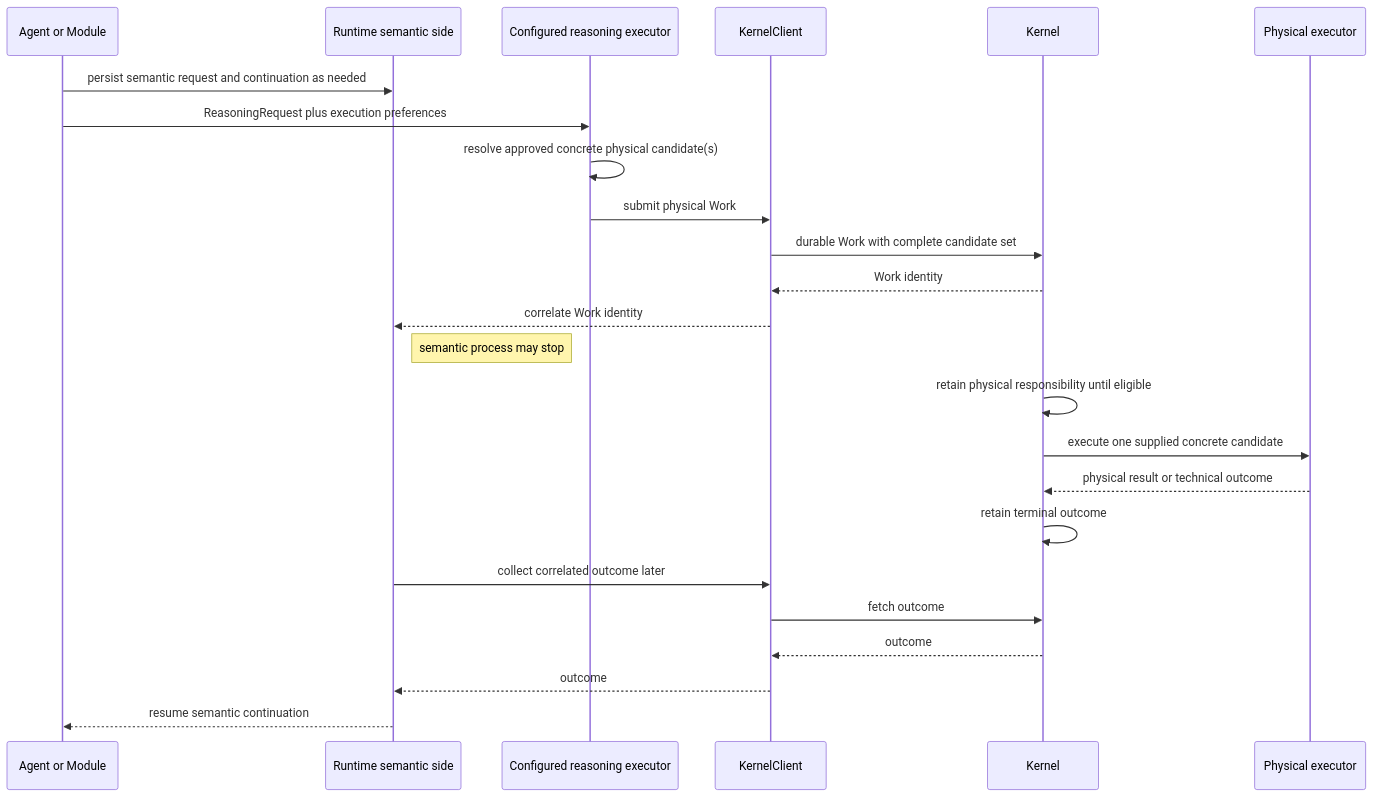
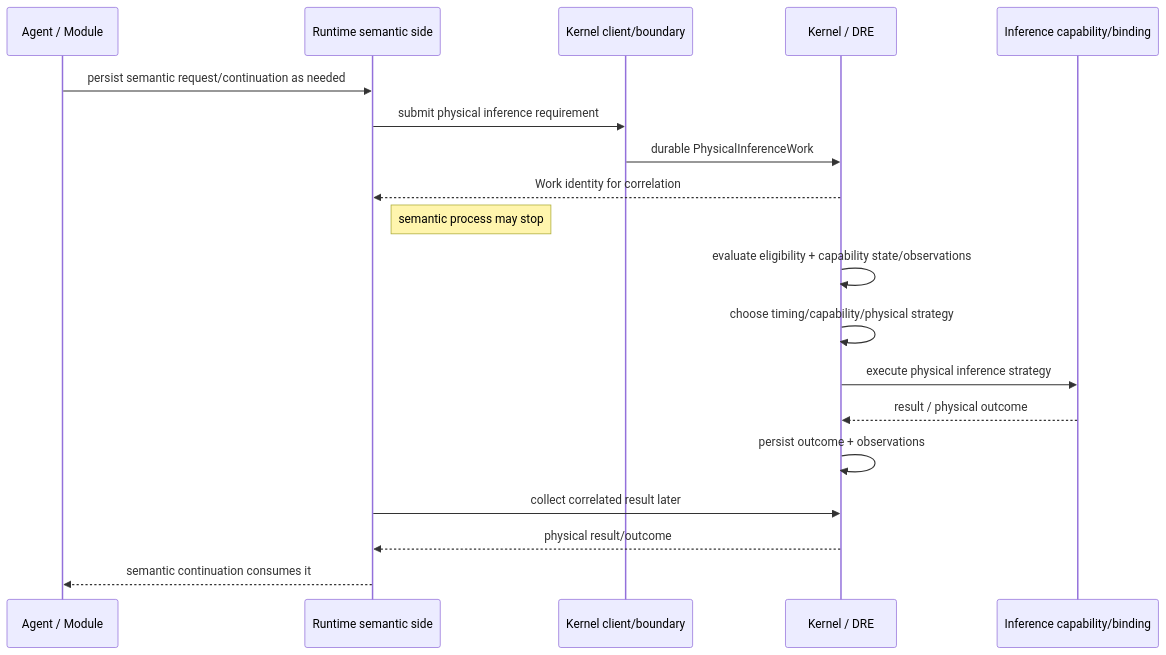
Before and after one commit to DidacLL/MADRE: the ninth of 11 diagrams in docs/architecture/mid-level-architecture.md, drawn with Mermaid. The commit also changed other lines of this file, not shown here.

Commit message:
docs: rederive mid-level inference architecture

````diff
--- a/docs/architecture/mid-level-architecture.md
+++ b/docs/architecture/mid-level-architecture.md
@@ -425,27 +429,22 @@
 ```mermaid
 sequenceDiagram
-    participant A as Agent or Module
+    participant A as Agent / Module
     participant R as Runtime semantic side
-    participant X as Configured reasoning executor
-    participant C as KernelClient
-    participant K as Kernel
-    participant E as Physical executor
+    participant C as Kernel client/boundary
+    participant K as Kernel / DRE
+    participant I as Inference capability/binding
 
-    A->>R: persist semantic request and continuation as needed
-    A->>X: ReasoningRequest plus execution preferences
-    X->>X: resolve approved concrete physical candidate(s)
-    X->>C: submit physical Work
-    C->>K: durable Work with complete candidate set
-    K-->>C: Work identity
-    C-->>R: correlate Work identity
+    A->>R: persist semantic request/continuation as needed
+    R->>C: submit physical inference requirement
+    C->>K: durable PhysicalInferenceWork
+    K-->>R: Work identity for correlation
     Note right of R: semantic process may stop
-    K->>K: retain physical responsibility until eligible
-    K->>E: execute one supplied concrete candidate
-    E-->>K: physical result or technical outcome
-    K->>K: retain terminal outcome
-    R->>C: collect correlated outcome later
-    C->>K: fetch outcome
-    K-->>C: outcome
-    C-->>R: outcome
-    R-->>A: resume semantic continuation
+    K->>K: evaluate eligibility + capability state/observations
+    K->>K: choose timing/capability/physical strategy
+    K->>I: execute physical inference strategy
+    I-->>K: result / physical outcome
+    K->>K: persist outcome + observations
+    R->>K: collect correlated result later
+    K-->>R: physical result/outcome
+    R-->>A: semantic continuation consumes it
 ```
````
